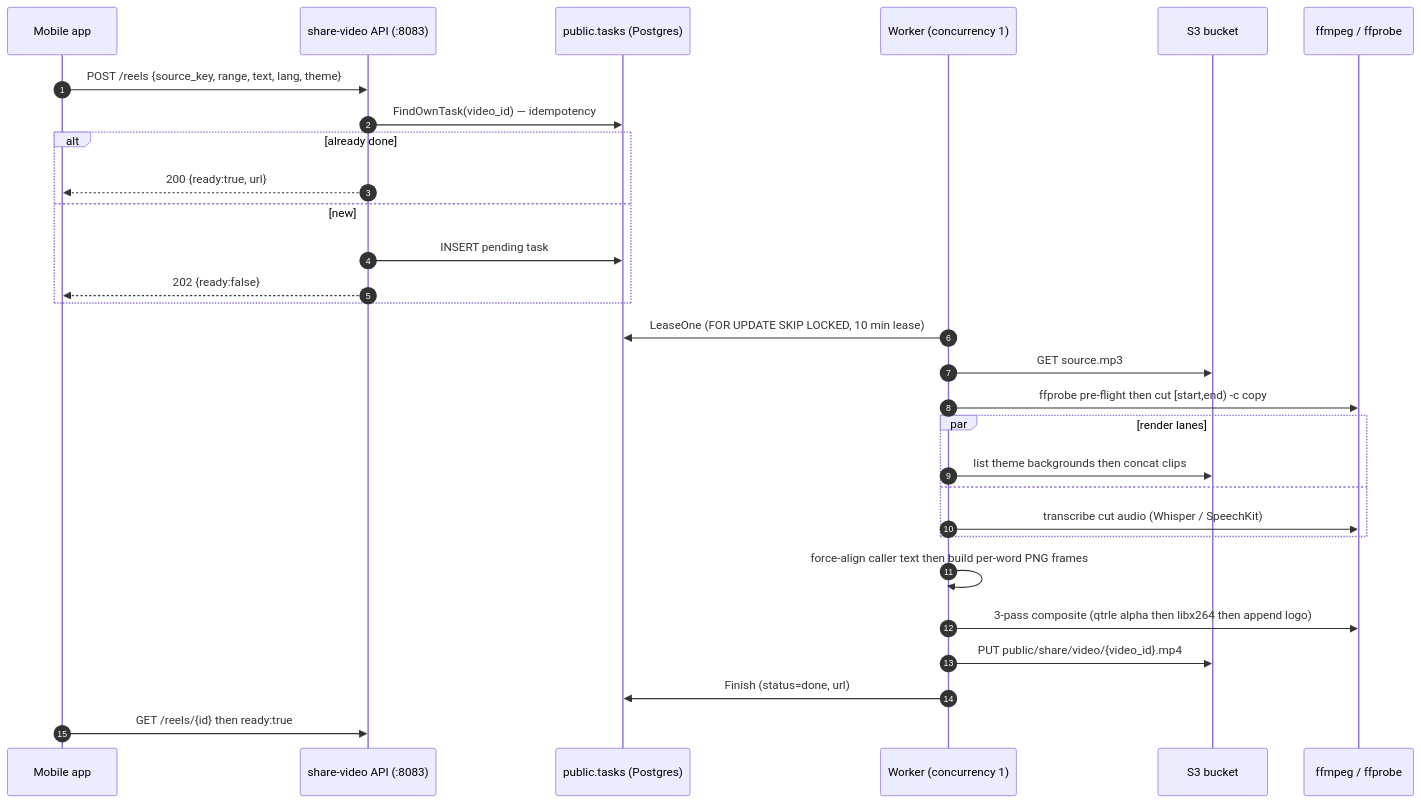
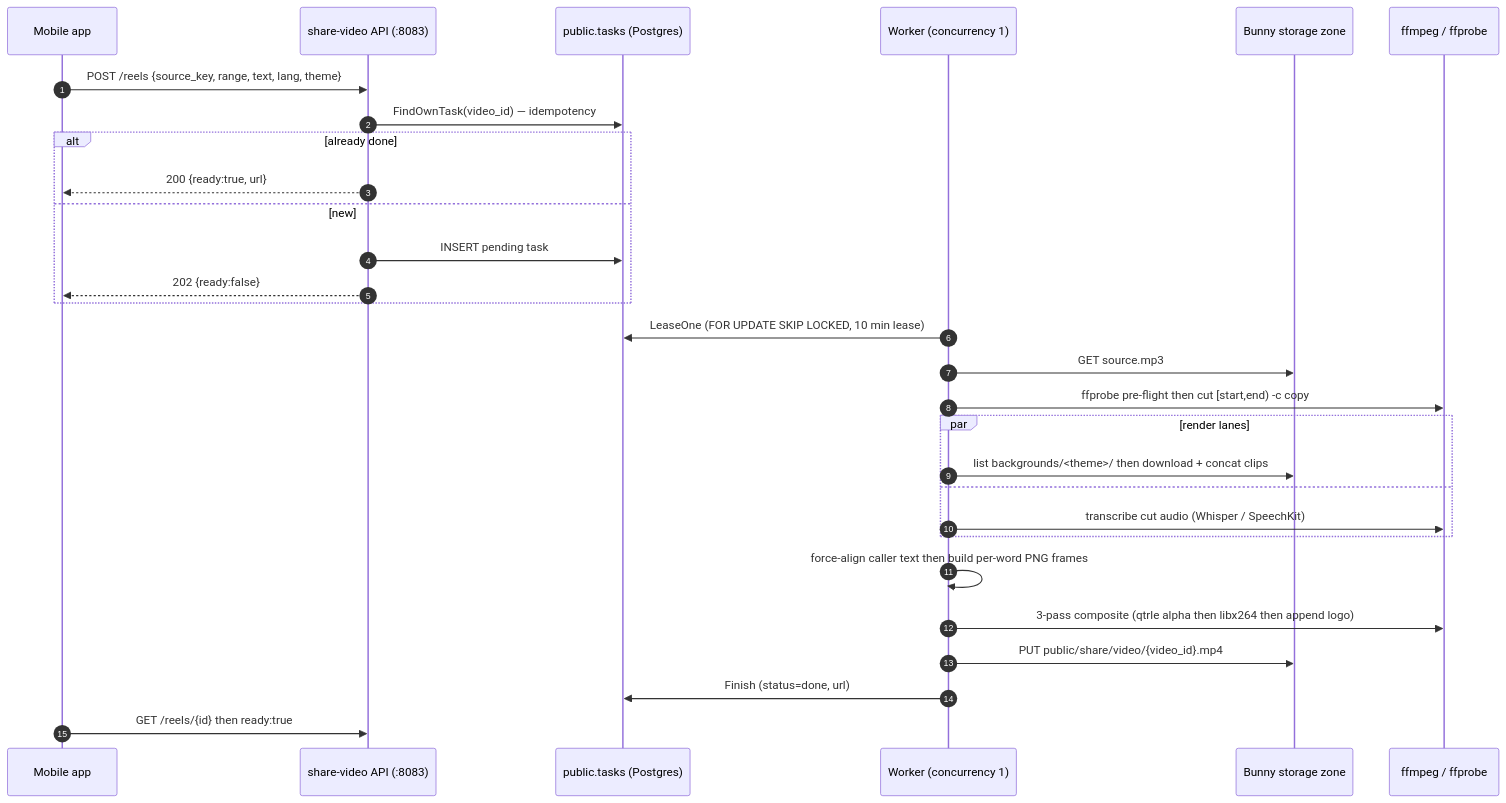
Before and after one commit to jiva-studio/shruti: the first of 2 diagrams in docs/repos/shruti/modules/share-video.md, drawn with Mermaid. The commit also changed other lines of this file and 23 other files, not shown here.

````diff
--- a/docs/repos/shruti/modules/share-video.md
+++ b/docs/repos/shruti/modules/share-video.md
@@ -73,32 +73,32 @@
 ```mermaid
 sequenceDiagram
     autonumber
     participant Client as Mobile app
     participant Svc as share-video API (:8083)
     participant DB as public.tasks (Postgres)
     participant W as Worker (concurrency 1)
-    participant S3 as S3 bucket
+    participant S3 as Bunny storage zone
     participant FF as ffmpeg / ffprobe
 
     Client->>Svc: POST /reels {source_key, range, text, lang, theme}
     Svc->>DB: FindOwnTask(video_id) — idempotency
     alt already done
         Svc-->>Client: 200 {ready:true, url}
     else new
         Svc->>DB: INSERT pending task
         Svc-->>Client: 202 {ready:false}
     end
     W->>DB: LeaseOne (FOR UPDATE SKIP LOCKED, 10 min lease)
     W->>S3: GET source.mp3
     W->>FF: ffprobe pre-flight then cut [start,end) -c copy
     par render lanes
-        W->>S3: list theme backgrounds then concat clips
+        W->>S3: list backgrounds/<theme>/ then download + concat clips
     and
         W->>FF: transcribe cut audio (Whisper / SpeechKit)
     end
     W->>W: force-align caller text then build per-word PNG frames
     W->>FF: 3-pass composite (qtrle alpha then libx264 then append logo)
     W->>S3: PUT public/share/video/{video_id}.mp4
     W->>DB: Finish (status=done, url)
     Client->>Svc: GET /reels/{id} then ready:true
 ```
````
